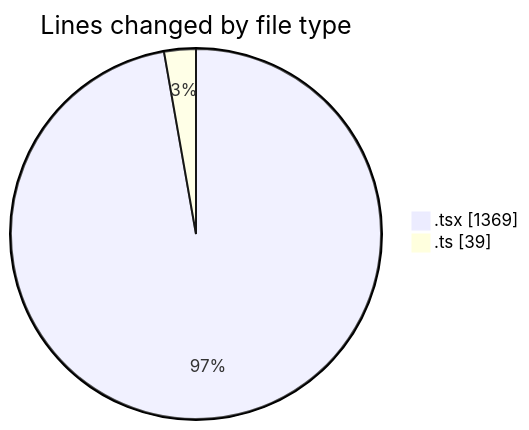
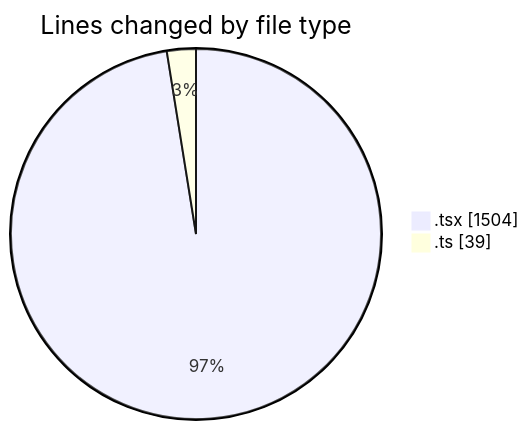
The first of 2 diagrams in 2025-02-11/cda/README.md (momahboobian/code-tracking), drawn with Mermaid before and after one commit. The commit also changed other lines of this file and 1 other file, not shown here.

````diff
--- a/2025-02-11/cda/README.md
+++ b/2025-02-11/cda/README.md
@@ -23,6 +23,6 @@
 ```mermaid
 pie showData
 title Lines changed by file type
-".tsx" : 1369
+".tsx" : 1504
 ".ts" : 39
 ```
````
